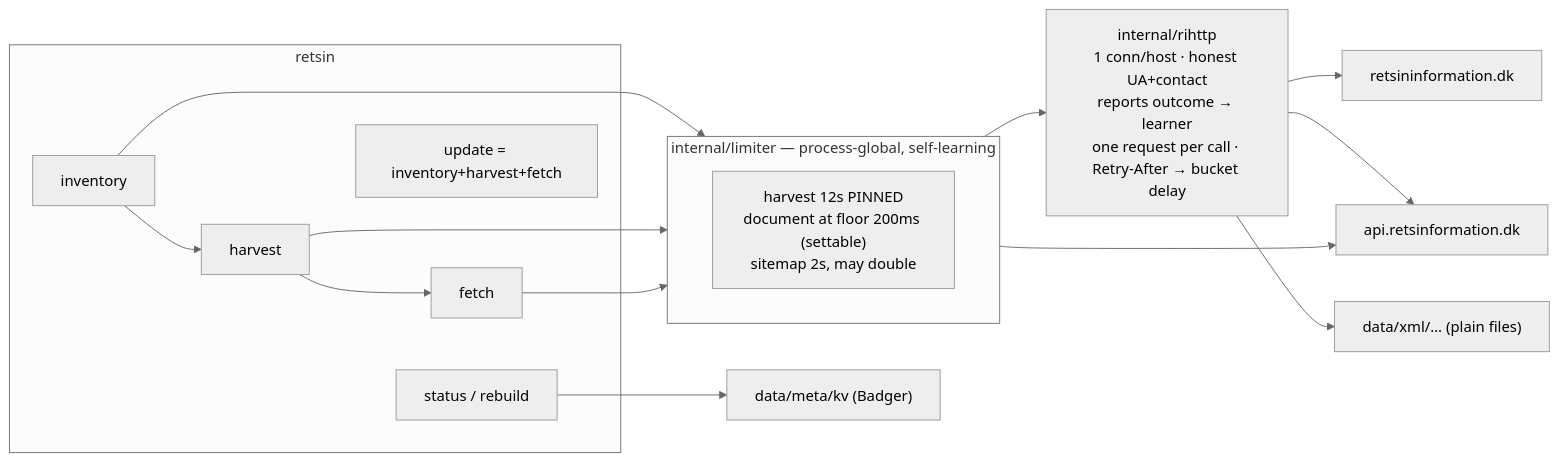
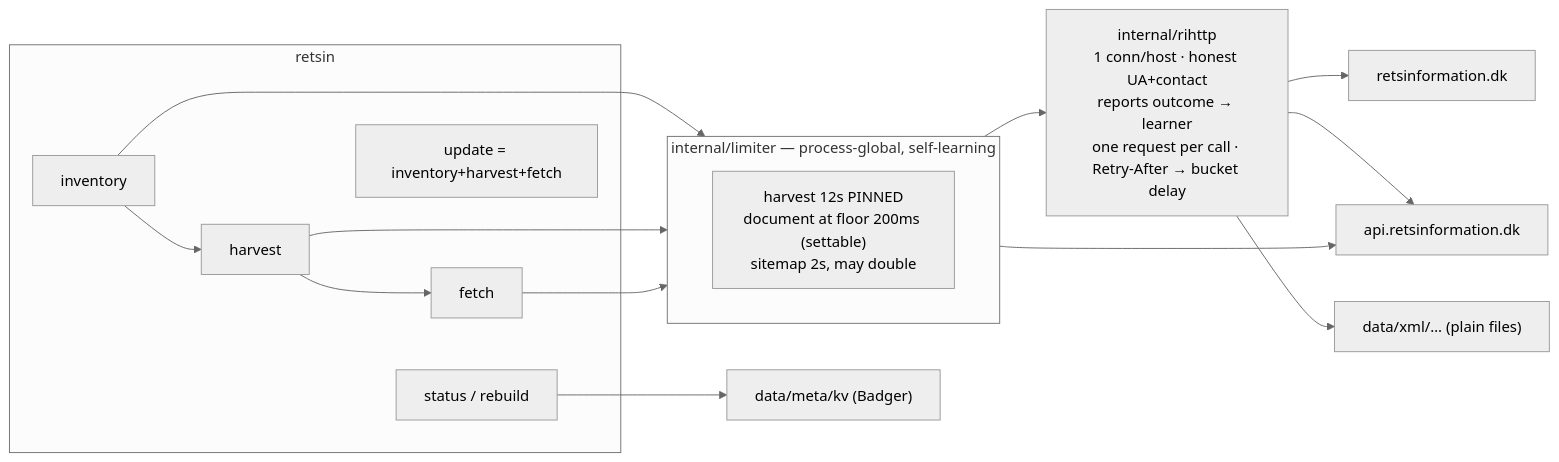
Before and after one commit to lkarlslund/lovkilde: the diagram in README.md, drawn with Mermaid (neutral theme). The commit also changed other lines of this file and 227 other files, not shown here.

````diff
--- a/README.md
+++ b/README.md
@@ -707,17 +719,17 @@
 ```mermaid
 flowchart LR
   subgraph CLI["retsin"]
     C1["inventory"] --> C2["harvest"] --> C3["fetch"]
     U["update = inventory+harvest+fetch"]
     S["status / rebuild"]
   end
   subgraph PACE["internal/limiter — process-global, self-learning"]
     B["harvest 12s PINNED<br/>document at floor 200ms (settable)<br/>sitemap 2s, may double"]
   end
   C1 & C2 & C3 --> PACE --> H["internal/rihttp<br/>1 conn/host · honest UA+contact<br/>reports outcome → learner<br/>one request per call · Retry-After → bucket delay"]
-  H --> RI["retsininformation.dk"]
+  H --> RI["retsinformation.dk"]
   PACE --> RI2["api.retsinformation.dk"]
   H --> RI2
   H --> A["data/xml/… (plain files)"]
   S --> K["data/meta/kv (Badger)"]
 ```
````
